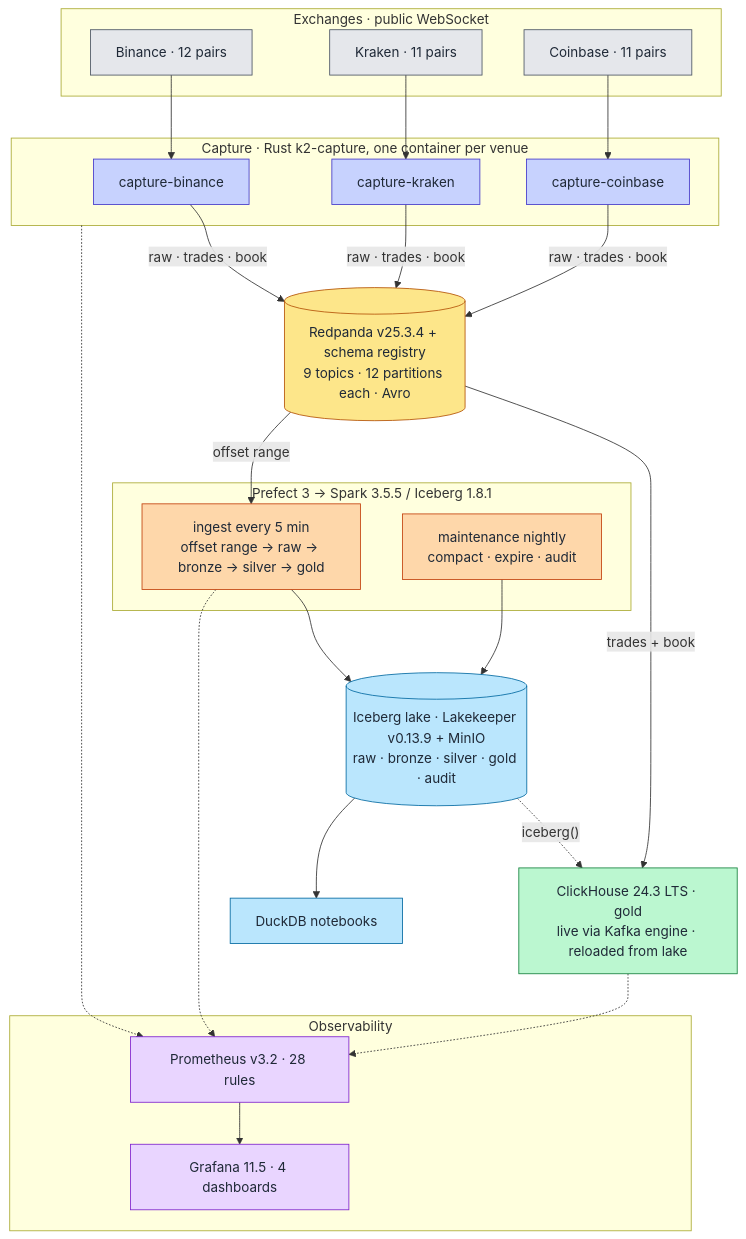
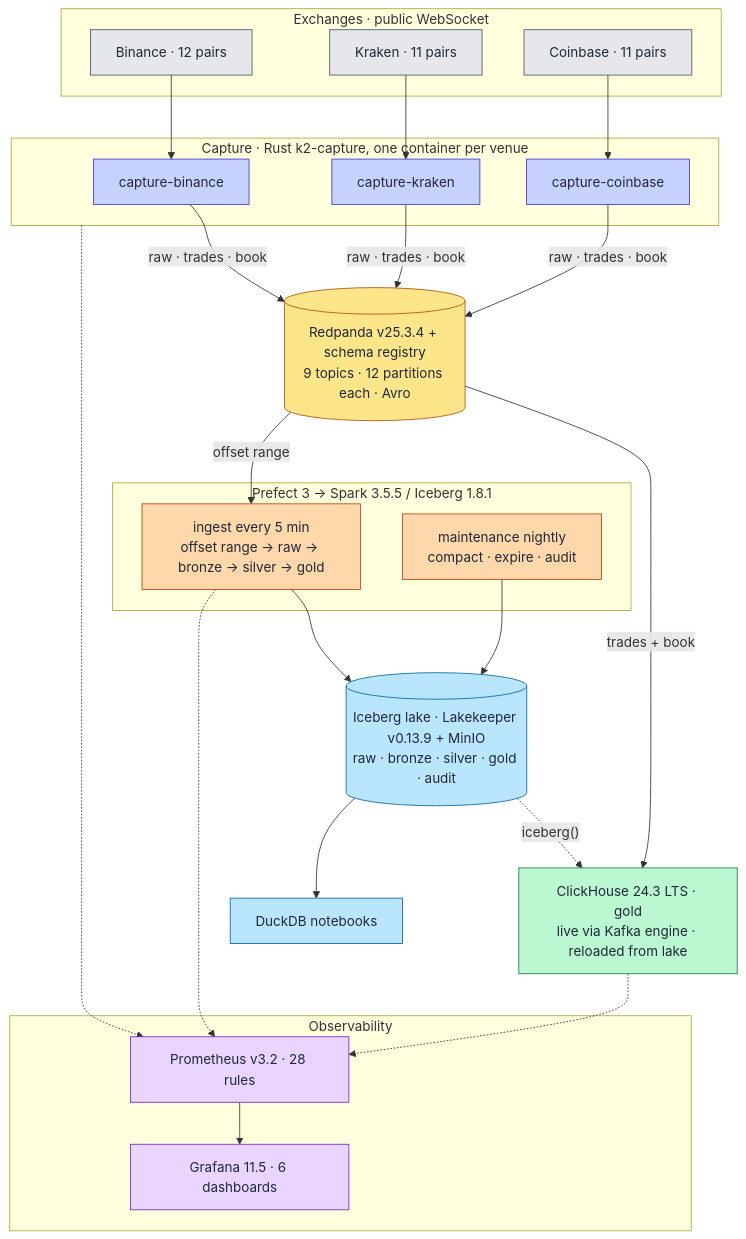
Before and after one commit to rjdscott/k2-market-data-platform: the diagram in docs/architecture/04-system-overview.md, drawn with Mermaid. The commit also changed 6 other files, not shown here.

````diff
--- a/docs/architecture/04-system-overview.md
+++ b/docs/architecture/04-system-overview.md
@@ -28,51 +28,51 @@
 ```mermaid
 flowchart TB
     subgraph EX["Exchanges · public WebSocket"]
         BIN["Binance · 12 pairs"]
         KRK["Kraken · 11 pairs"]
         CBS["Coinbase · 11 pairs"]
     end
     subgraph CAP["Capture · Rust k2-capture, one container per venue"]
         FHB["capture-binance"]
         FHK["capture-kraken"]
         FHC["capture-coinbase"]
     end
     RP[("Redpanda v25.3.4 + schema registry<br/>9 topics · 12 partitions each · Avro")]
     subgraph BATCH["Prefect 3 → Spark 3.5.5 / Iceberg 1.8.1"]
         ING["ingest every 5 min<br/>offset range → raw → bronze → silver → gold"]
         MNT["maintenance nightly<br/>compact · expire · audit"]
     end
     ICE[("Iceberg lake · Lakekeeper v0.13.9 + MinIO<br/>raw · bronze · silver · gold · audit")]
     CH["ClickHouse 24.3 LTS · gold<br/>live via Kafka engine · reloaded from lake"]
     NB["DuckDB notebooks"]
     subgraph OBS["Observability"]
         PR["Prometheus v3.2 · 28 rules"]
-        GR["Grafana 11.5 · 4 dashboards"]
+        GR["Grafana 11.5 · 6 dashboards"]
     end
 
     BIN --> FHB
     KRK --> FHK
     CBS --> FHC
     FHB & FHK & FHC -->|"raw · trades · book"| RP
     RP -->|"trades + book"| CH
     RP -->|"offset range"| ING --> ICE
     MNT --> ICE
     ICE -.->|"iceberg()"| CH
     ICE --> NB
     CAP & CH & ING -.-> PR --> GR
 
     classDef ex fill:#e5e7eb,stroke:#4b5563,color:#1f2937
     classDef rs fill:#c7d2fe,stroke:#4338ca,color:#1f2937
     classDef rp fill:#fde68a,stroke:#b45309,color:#1f2937
     classDef ch fill:#bbf7d0,stroke:#15803d,color:#1f2937
     classDef sp fill:#fed7aa,stroke:#c2410c,color:#1f2937
     classDef lk fill:#bae6fd,stroke:#0369a1,color:#1f2937
     classDef ob fill:#e9d5ff,stroke:#7e22ce,color:#1f2937
     class BIN,KRK,CBS ex
     class FHB,FHK,FHC rs
     class RP rp
     class CH ch
     class ING,MNT sp
     class ICE,NB lk
     class PR,GR ob
 ```
````
